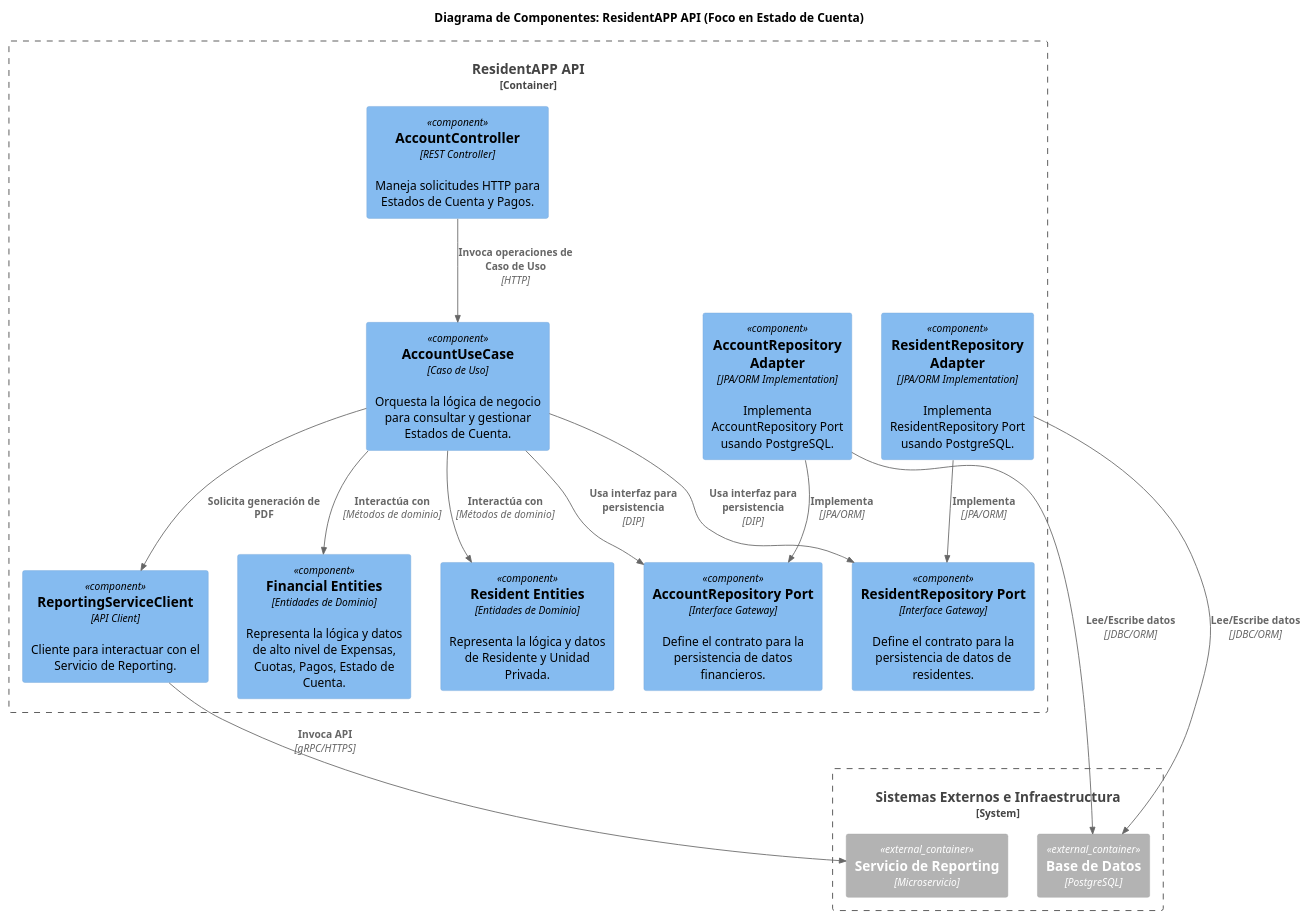
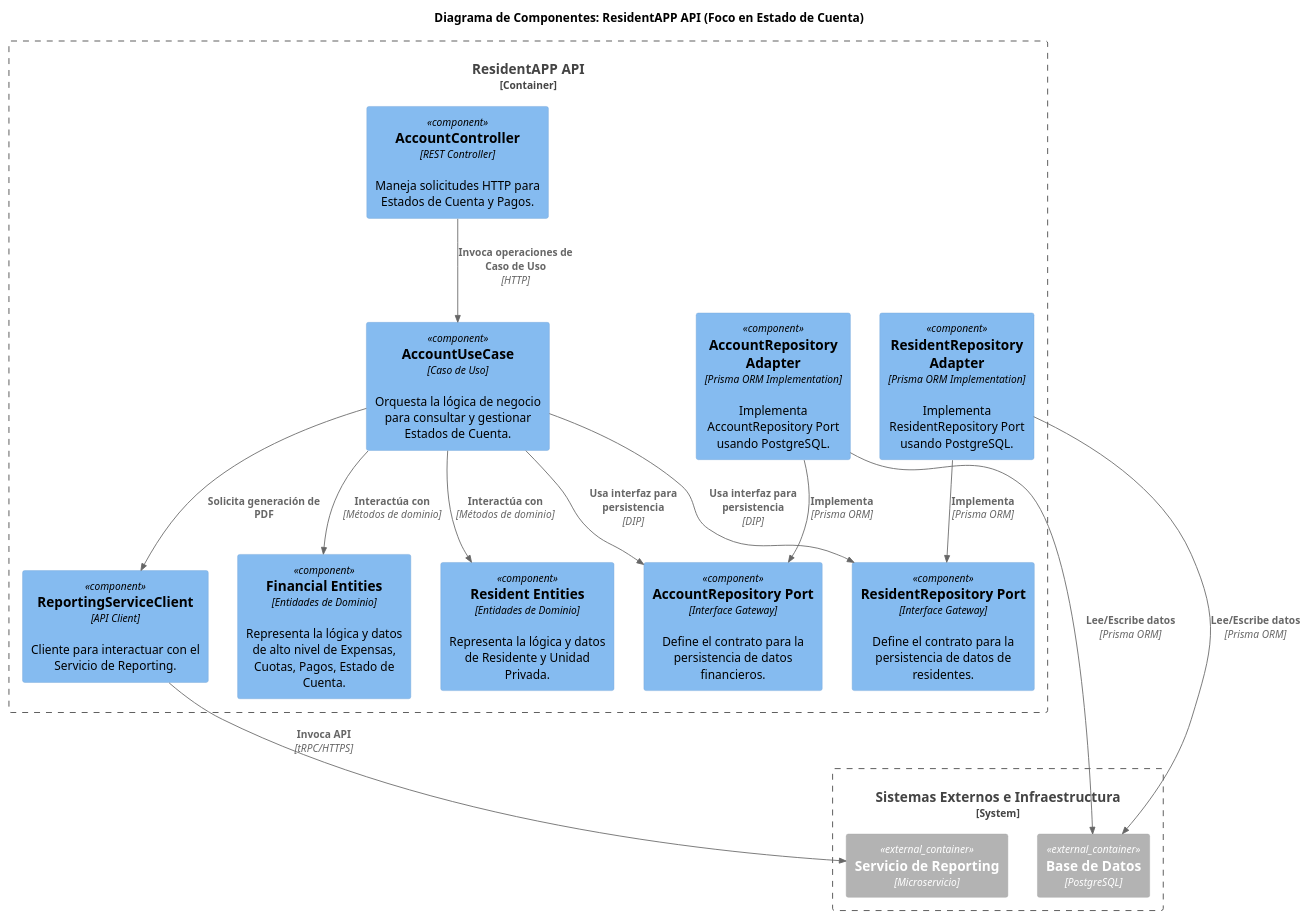
One commit to daniblago/sdd-tdd-framework changed the third of 4 diagrams in workspaces/residentapp/docs/architecture/context.md. Above: the diagram before and after it, drawn with PlantUML. The commit also changed other lines of this file and 7 other files, not shown here.

````diff
--- a/workspaces/residentapp/docs/architecture/context.md
+++ b/workspaces/residentapp/docs/architecture/context.md
@@ -167,48 +167,48 @@
 ```plantuml
 @startuml
 !include https://raw.githubusercontent.com/plantuml-stdlib/C4-PlantUML/master/C4_Component.puml
 
 skinparam Ls "Component"
 
 title Diagrama de Componentes: ResidentAPP API (Foco en Estado de Cuenta)
 
 Container_Boundary(api, "ResidentAPP API") {
 
     Component(account_controller, "AccountController", "REST Controller", "Maneja solicitudes HTTP para Estados de Cuenta y Pagos.")
     Component(account_use_case, "AccountUseCase", "Caso de Uso", "Orquesta la lógica de negocio para consultar y gestionar Estados de Cuenta.")
     Component(financial_entity, "Financial Entities", "Entidades de Dominio", "Representa la lógica y datos de alto nivel de Expensas, Cuotas, Pagos, Estado de Cuenta.")
     Component(resident_entity, "Resident Entities", "Entidades de Dominio", "Representa la lógica y datos de Residente y Unidad Privada.")
 
     Component(account_repo_port, "AccountRepository Port", "Interface Gateway", "Define el contrato para la persistencia de datos financieros.")
     Component(resident_repo_port, "ResidentRepository Port", "Interface Gateway", "Define el contrato para la persistencia de datos de residentes.")
 
-    Component(account_repo_adapter, "AccountRepository Adapter", "JPA/ORM Implementation", "Implementa AccountRepository Port usando PostgreSQL.")
-    Component(resident_repo_adapter, "ResidentRepository Adapter", "JPA/ORM Implementation", "Implementa ResidentRepository Port usando PostgreSQL.")
+    Component(account_repo_adapter, "AccountRepository Adapter", "Prisma ORM Implementation", "Implementa AccountRepository Port usando PostgreSQL.")
+    Component(resident_repo_adapter, "ResidentRepository Adapter", "Prisma ORM Implementation", "Implementa ResidentRepository Port usando PostgreSQL.")
 
     Component(reporting_client, "ReportingServiceClient", "API Client", "Cliente para interactuar con el Servicio de Reporting.")
 
     Rel(account_controller, account_use_case, "Invoca operaciones de Caso de Uso", "HTTP")
 
     Rel(account_use_case, financial_entity, "Interactúa con", "Métodos de dominio")
     Rel(account_use_case, resident_entity, "Interactúa con", "Métodos de dominio")
 
     Rel(account_use_case, account_repo_port, "Usa interfaz para persistencia", "DIP")
     Rel(account_use_case, resident_repo_port, "Usa interfaz para persistencia", "DIP")
     Rel(account_use_case, reporting_client, "Solicita generación de PDF")
 
-    Rel(account_repo_adapter, account_repo_port, "Implementa", "JPA/ORM")
-    Rel(resident_repo_adapter, resident_repo_port, "Implementa", "JPA/ORM")
+    Rel(account_repo_adapter, account_repo_port, "Implementa", "Prisma ORM")
+    Rel(resident_repo_adapter, resident_repo_port, "Implementa", "Prisma ORM")
 
 }
 
 System_Boundary(external, "Sistemas Externos e Infraestructura") {
     Container_Ext(database, "Base de Datos", "PostgreSQL")
     Container_Ext(reporting_service, "Servicio de Reporting", "Microservicio")
 }
 
-Rel(account_repo_adapter, database, "Lee/Escribe datos", "JDBC/ORM")
-Rel(resident_repo_adapter, database, "Lee/Escribe datos", "JDBC/ORM")
-Rel(reporting_client, reporting_service, "Invoca API", "gRPC/HTTPS")
+Rel(account_repo_adapter, database, "Lee/Escribe datos", "Prisma ORM")
+Rel(resident_repo_adapter, database, "Lee/Escribe datos", "Prisma ORM")
+Rel(reporting_client, reporting_service, "Invoca API", "tRPC/HTTPS")
 
 @enduml
 ```
````
